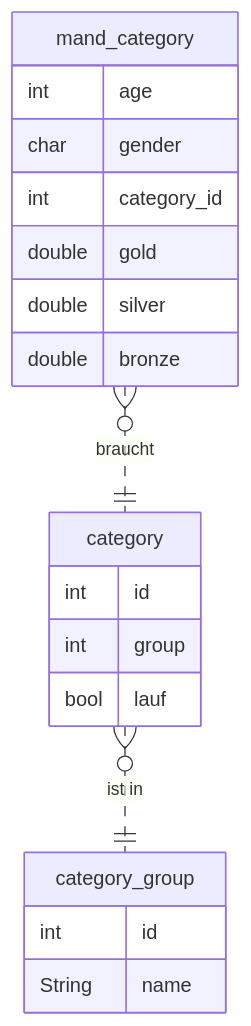
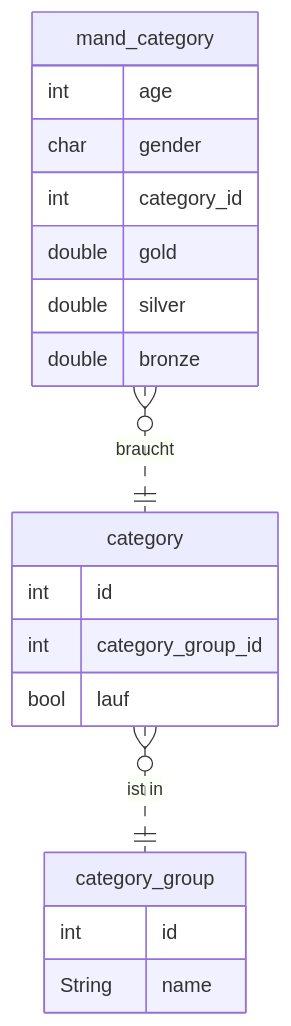
Before and after one commit to Hydra-Technologies/emotionLib: the fourth of 4 diagrams in doc/architecture.md, drawn with Mermaid. The commit also changed other lines of this file and 12 other files, not shown here.

````diff
--- a/doc/architecture.md
+++ b/doc/architecture.md
@@ -108,22 +108,24 @@
 ```mermaid
 erDiagram
     category {
         int id
-        int group
+        int category_group_id
         bool lauf
     }
+
     category_group {
         int id
         String name
     }
+
     mand_category {
         int age
         char gender
         int category_id
         double gold
         double silver
         double bronze
     }
     category }o..|| category_group: "ist in" 
     mand_category }o..|| category: braucht
 ```
````
